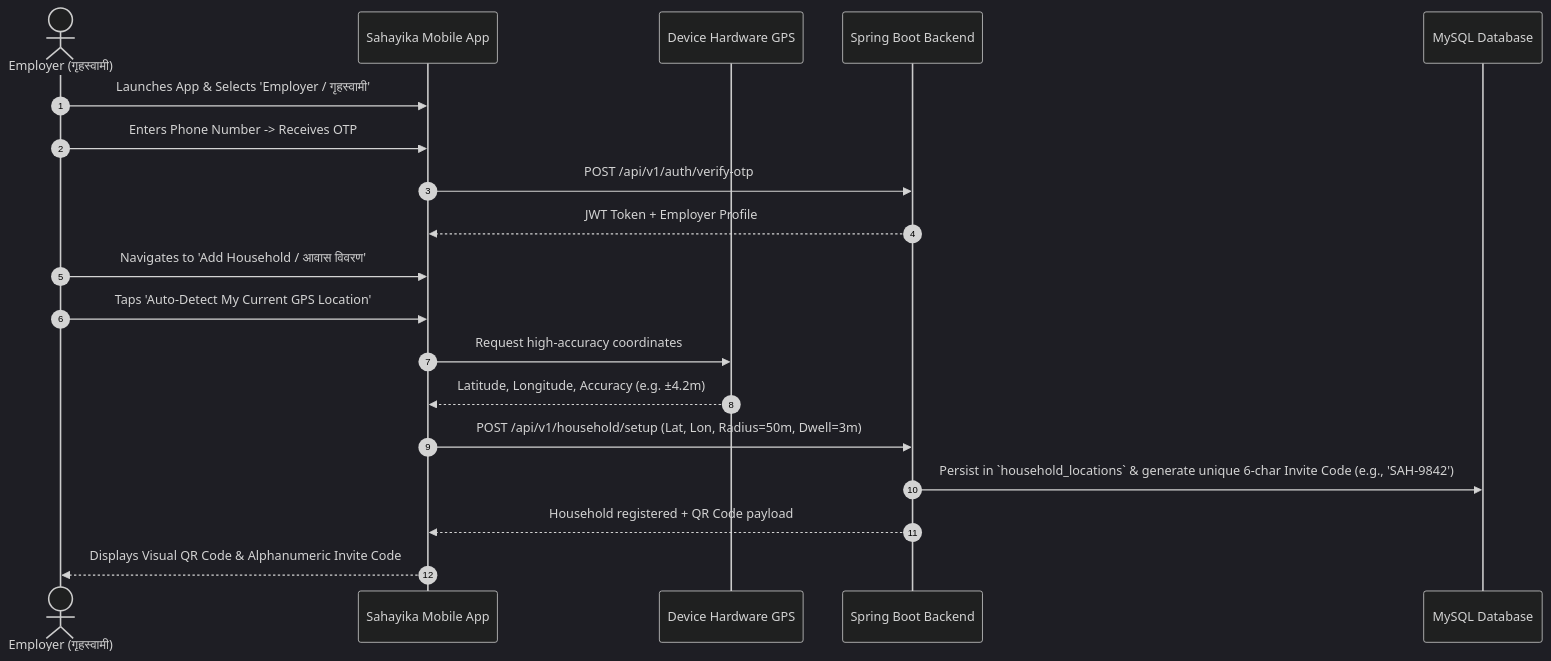
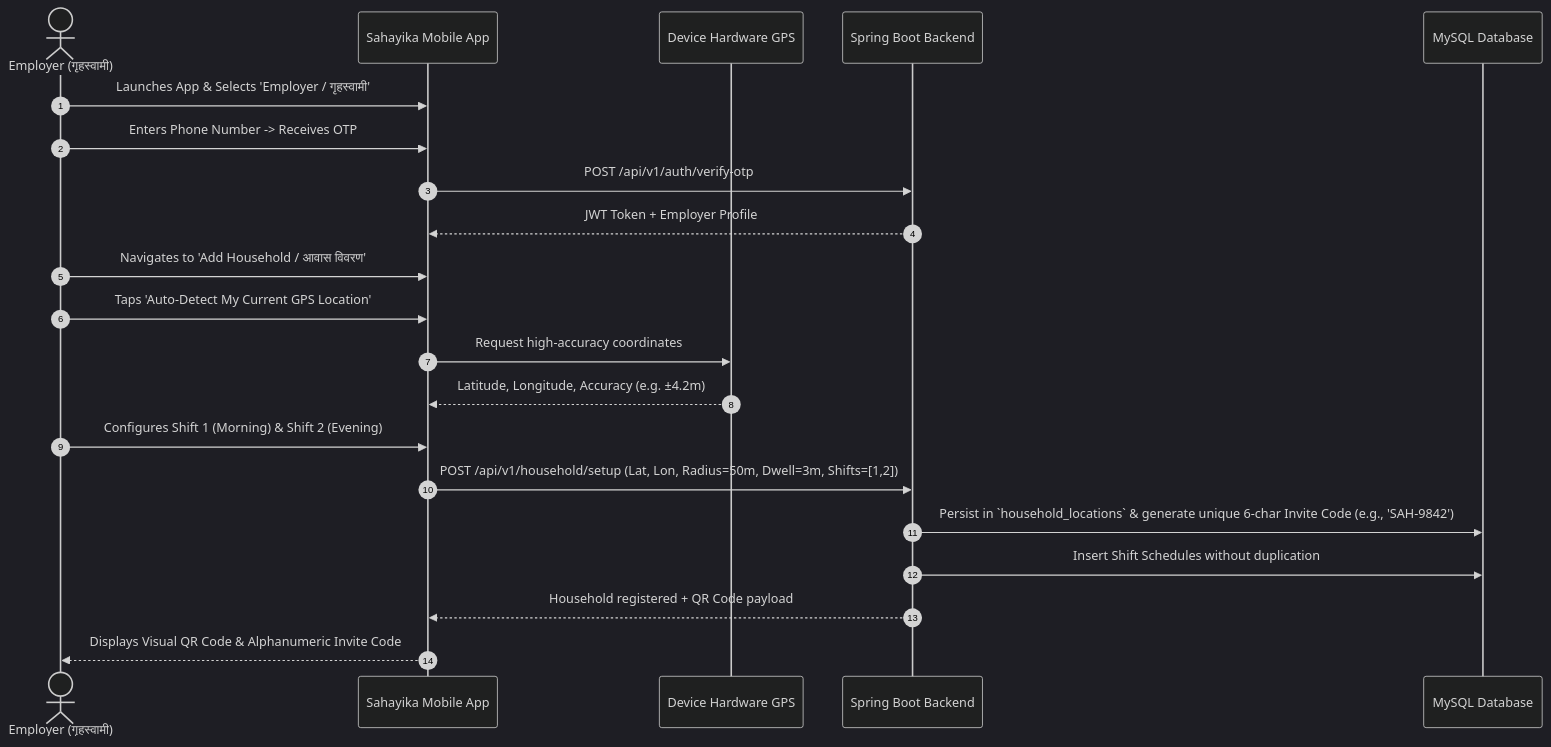
Before and after one commit to Anand9120/domestic-maid-attendance: the third of 11 diagrams in docs/SAHAYIKA_RFP_FUNCTIONAL_FLOW.md, drawn with Mermaid (dark theme). The commit also changed other lines of this file, not shown here.

Commit message:
docs: update RFP and Functional Flow Specification to v4.0 with security audit, 56 tests, and keep-alive cloud deployment

````diff
--- a/docs/SAHAYIKA_RFP_FUNCTIONAL_FLOW.md
+++ b/docs/SAHAYIKA_RFP_FUNCTIONAL_FLOW.md
@@ -96,22 +97,24 @@
 ```mermaid
 sequenceDiagram
     autonumber
     actor Emp as Employer (गृहस्वामी)
     participant App as Sahayika Mobile App
     participant GPS as Device Hardware GPS
     participant API as Spring Boot Backend
     participant DB as MySQL Database
 
     Emp->>App: Launches App & Selects 'Employer / गृहस्वामी'
     Emp->>App: Enters Phone Number -> Receives OTP
     App->>API: POST /api/v1/auth/verify-otp
     API-->>App: JWT Token + Employer Profile
     Emp->>App: Navigates to 'Add Household / आवास विवरण'
     Emp->>App: Taps 'Auto-Detect My Current GPS Location'
     App->>GPS: Request high-accuracy coordinates
     GPS-->>App: Latitude, Longitude, Accuracy (e.g. ±4.2m)
-    App->>API: POST /api/v1/household/setup (Lat, Lon, Radius=50m, Dwell=3m)
+    Emp->>App: Configures Shift 1 (Morning) & Shift 2 (Evening)
+    App->>API: POST /api/v1/household/setup (Lat, Lon, Radius=50m, Dwell=3m, Shifts=[1,2])
     API->>DB: Persist in `household_locations` & generate unique 6-char Invite Code (e.g., 'SAH-9842')
+    API->>DB: Insert Shift Schedules without duplication
     API-->>App: Household registered + QR Code payload
     App-->>Emp: Displays Visual QR Code & Alphanumeric Invite Code
 ```
````
